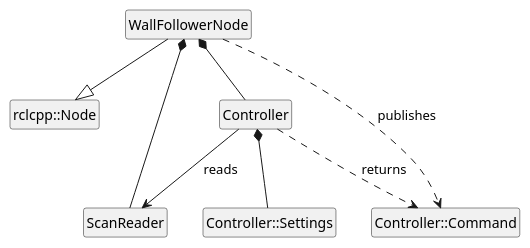
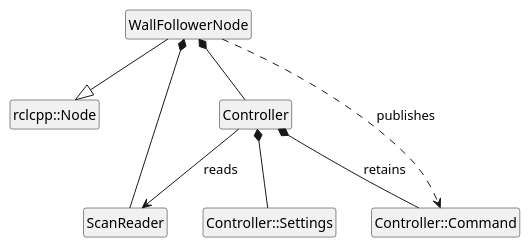
The diagram in docs/class_diagram.puml (michaeld3n/s02-g24-wallfollower), drawn with PlantUML before and after one commit. The commit also changed 13 other files, not shown here.

```diff
--- a/docs/class_diagram.puml
+++ b/docs/class_diagram.puml
@@ -1,20 +1,20 @@
 @startuml
 ' Manual simplified UML: deliberately no fields or methods.
 skinparam classAttributeIconSize 0
 skinparam style strictuml
 skinparam shadowing false
 hide empty members
 class "rclcpp::Node" as Node
 class WallFollowerNode
 class ScanReader
 class Controller
 class "Controller::Settings" as Settings
 class "Controller::Command" as Command
 WallFollowerNode --|> Node
 WallFollowerNode *-- ScanReader
 WallFollowerNode *-- Controller
 Controller *-- Settings
 Controller --> ScanReader : reads
-Controller ..> Command : returns
+Controller *-- Command : retains
 WallFollowerNode ..> Command : publishes
 @enduml
```
